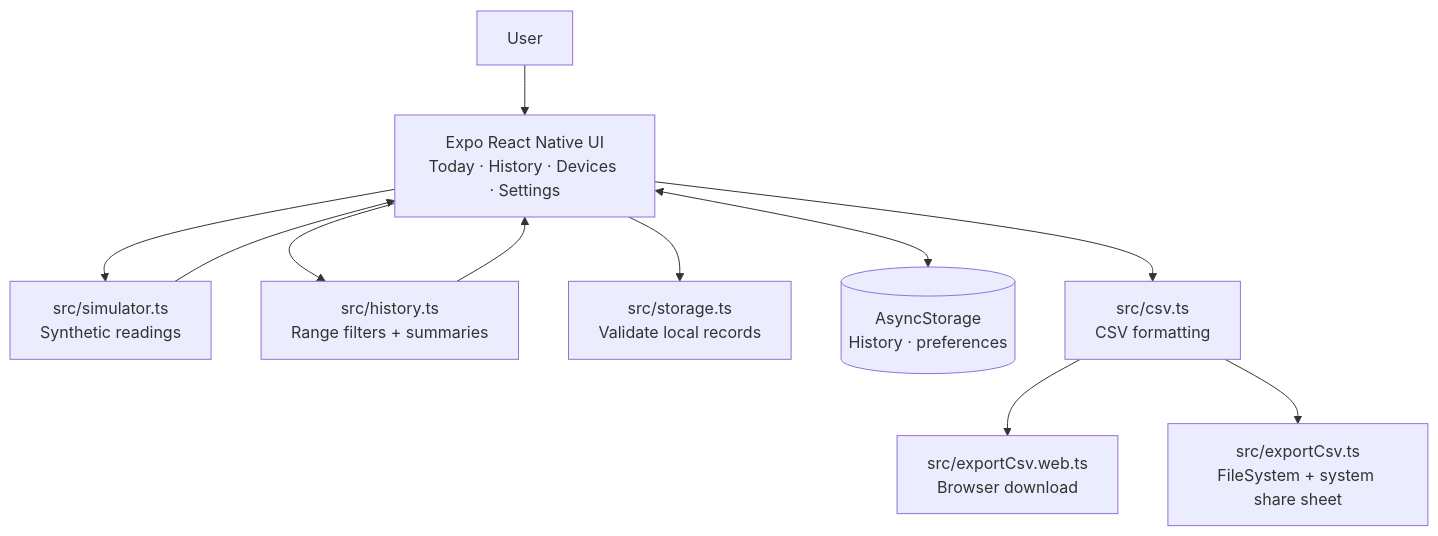
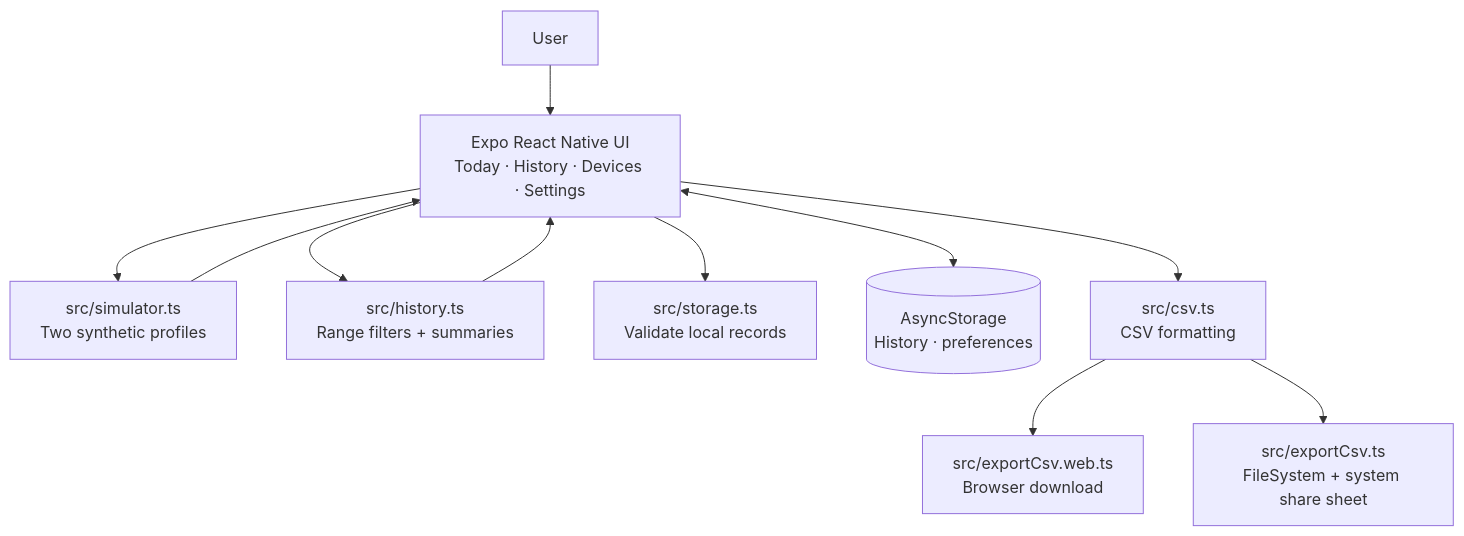
Before and after one commit to 22304516/wearable-companion: the diagram in docs/ARCHITECTURE.md, drawn with Mermaid. The commit also changed other lines of this file and 12 other files, not shown here.

Commit message:
Add selectable synthetic device profiles

````diff
--- a/docs/ARCHITECTURE.md
+++ b/docs/ARCHITECTURE.md
@@ -12,23 +12,23 @@
 ```mermaid
 flowchart TD
   User[User]
   UI[Expo React Native UI<br/>Today · History · Devices · Settings]
-  Sim[src/simulator.ts<br/>Synthetic readings]
+  Sim[src/simulator.ts<br/>Two synthetic profiles]
   History[src/history.ts<br/>Range filters + summaries]
   Store[src/storage.ts<br/>Validate local records]
   Local[(AsyncStorage<br/>History · preferences)]
   CSV[src/csv.ts<br/>CSV formatting]
   Web[src/exportCsv.web.ts<br/>Browser download]
   Native[src/exportCsv.ts<br/>FileSystem + system share sheet]
 
   User --> UI
   UI --> Sim
   Sim --> UI
   UI --> History
   History --> UI
   UI --> Store
   UI <--> Local
   UI --> CSV
   CSV --> Web
   CSV --> Native
 ```
````
